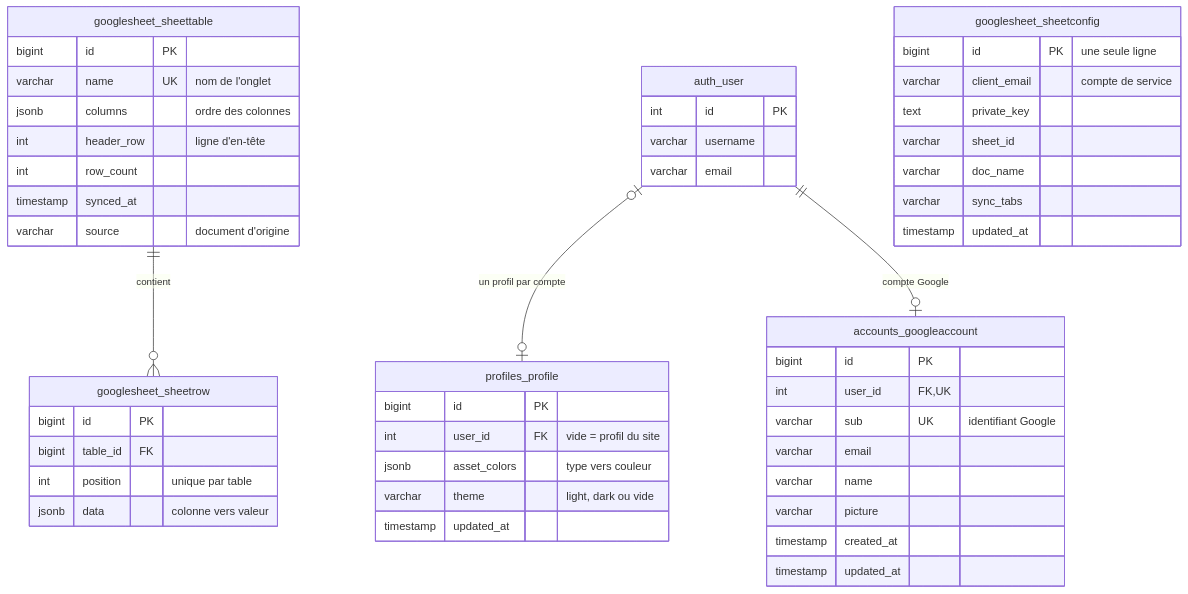
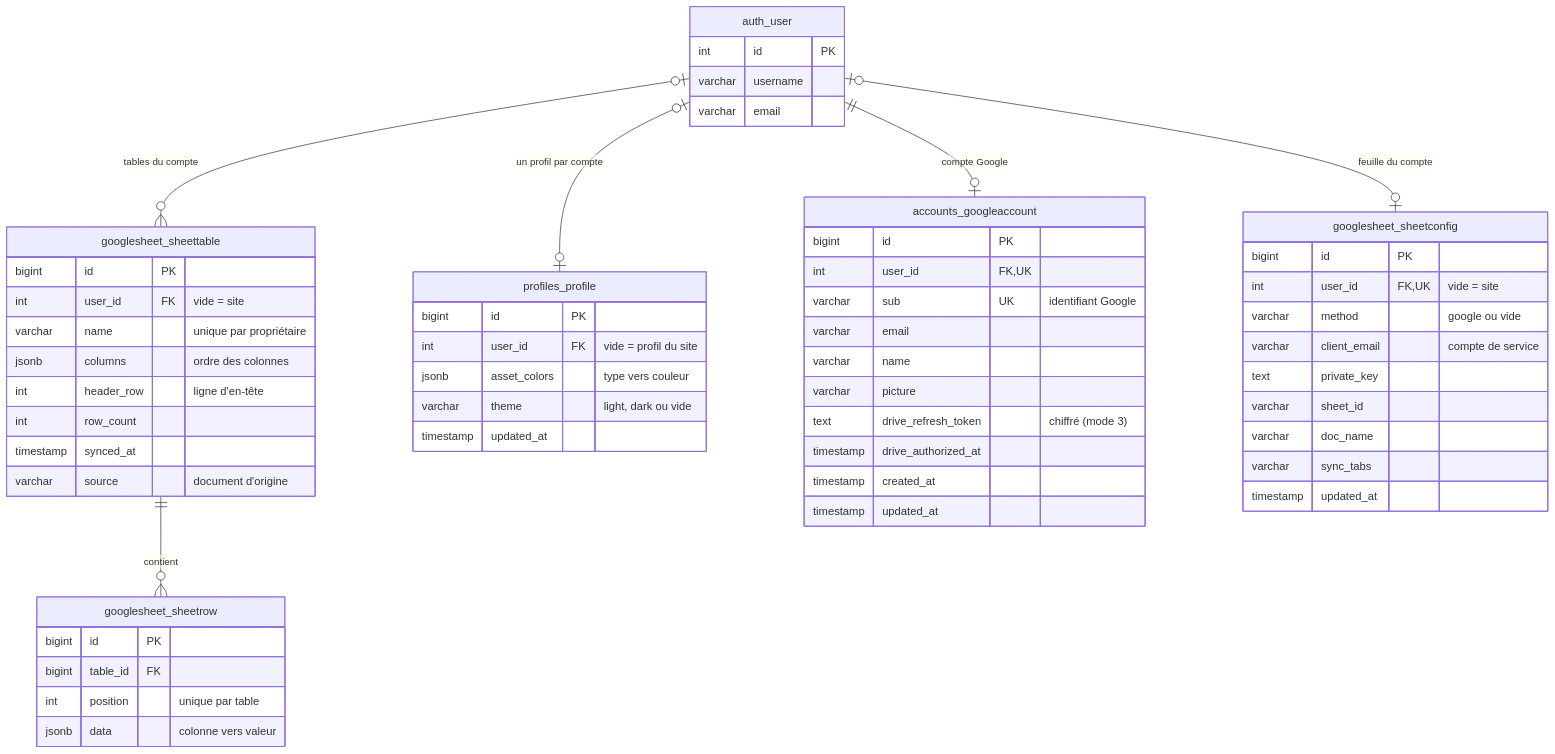
One commit to Sleaum/vibe_overfolio changed the diagram in README.md. Above: the diagram before and after it, drawn with Mermaid. The commit also changed other lines of this file and 25 other files, not shown here.

````diff
--- a/README.md
+++ b/README.md
@@ -449,52 +486,59 @@
 ```mermaid
 erDiagram
   googlesheet_sheettable ||--o{ googlesheet_sheetrow : "contient"
   auth_user |o--o| profiles_profile : "un profil par compte"
   auth_user ||--o| accounts_googleaccount : "compte Google"
+  auth_user |o--o{ googlesheet_sheettable : "tables du compte"
+  auth_user |o--o| googlesheet_sheetconfig : "feuille du compte"
   googlesheet_sheettable {
     bigint id PK
-    varchar name UK "nom de l'onglet"
+    int user_id FK "vide = site"
+    varchar name "unique par propriétaire"
     jsonb columns "ordre des colonnes"
     int header_row "ligne d'en-tête"
     int row_count
     timestamp synced_at
     varchar source "document d'origine"
   }
   googlesheet_sheetrow {
     bigint id PK
     bigint table_id FK
     int position "unique par table"
     jsonb data "colonne vers valeur"
   }
   googlesheet_sheetconfig {
-    bigint id PK "une seule ligne"
+    bigint id PK
+    int user_id FK, UK "vide = site"
+    varchar method "google ou vide"
     varchar client_email "compte de service"
     text private_key
     varchar sheet_id
     varchar doc_name
     varchar sync_tabs
     timestamp updated_at
   }
   profiles_profile {
     bigint id PK
     int user_id FK "vide = profil du site"
     jsonb asset_colors "type vers couleur"
     varchar theme "light, dark ou vide"
     timestamp updated_at
   }
   accounts_googleaccount {
     bigint id PK
     int user_id FK, UK
     varchar sub UK "identifiant Google"
     varchar email
     varchar name
     varchar picture
+    text drive_refresh_token "chiffré (mode 3)"
+    timestamp drive_authorized_at
     timestamp created_at
     timestamp updated_at
   }
   auth_user {
     int id PK
     varchar username
     varchar email
   }
 ```
````
